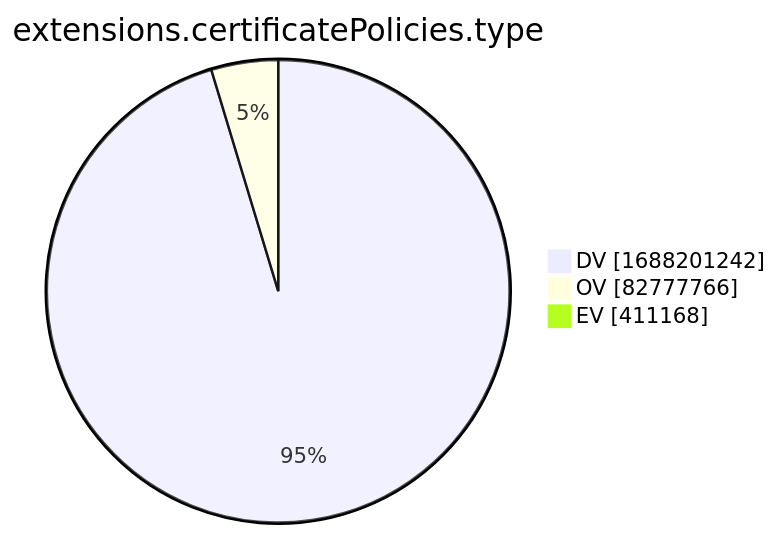
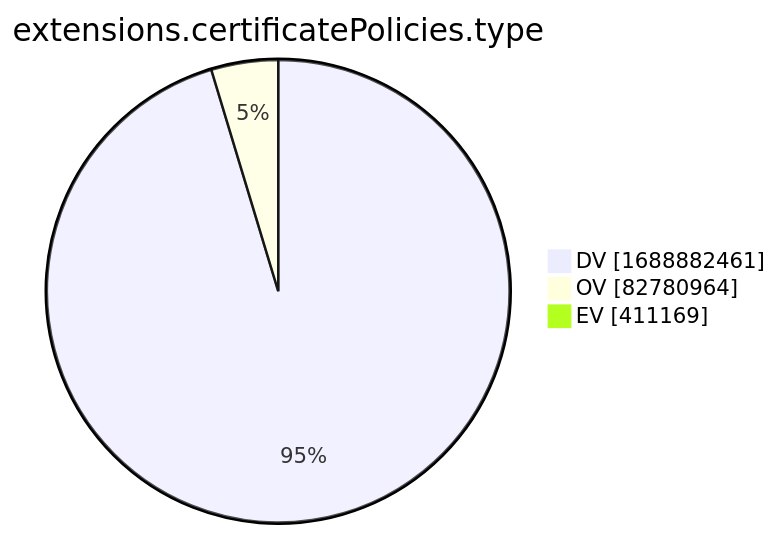
The tenth of 15 diagrams in xenon2022/README.md (christiankrug/ctmonitor_visualization), drawn with Mermaid before and after one commit. The commit also changed other lines of this file, not shown here.

````diff
--- a/xenon2022/README.md
+++ b/xenon2022/README.md
@@ -2881,7 +2881,7 @@
 ```mermaid
 pie showData
 title extensions.certificatePolicies.type
-"DV" :1688201242
-"OV" :82777766
-"EV" :411168
+"DV" :1688882461
+"OV" :82780964
+"EV" :411169
 ```
````
